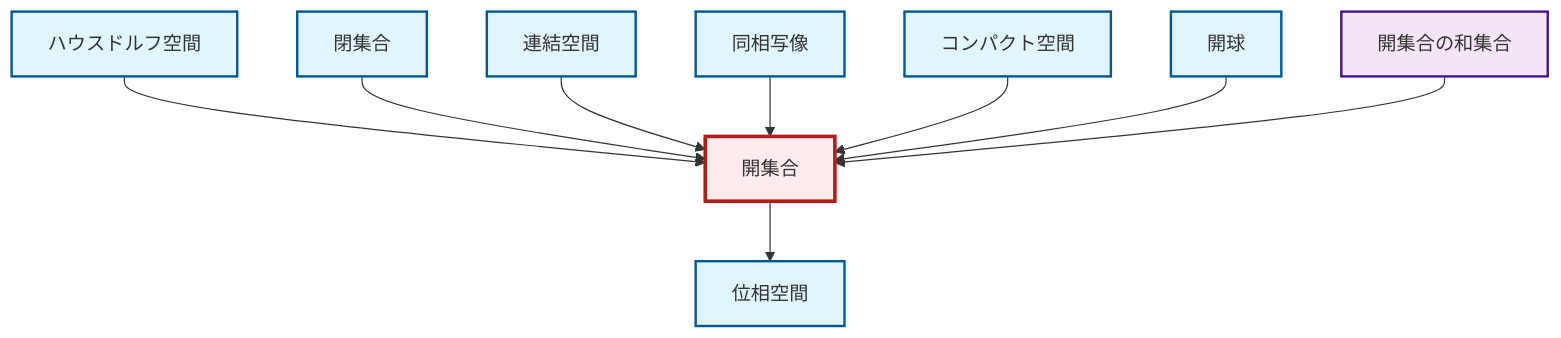
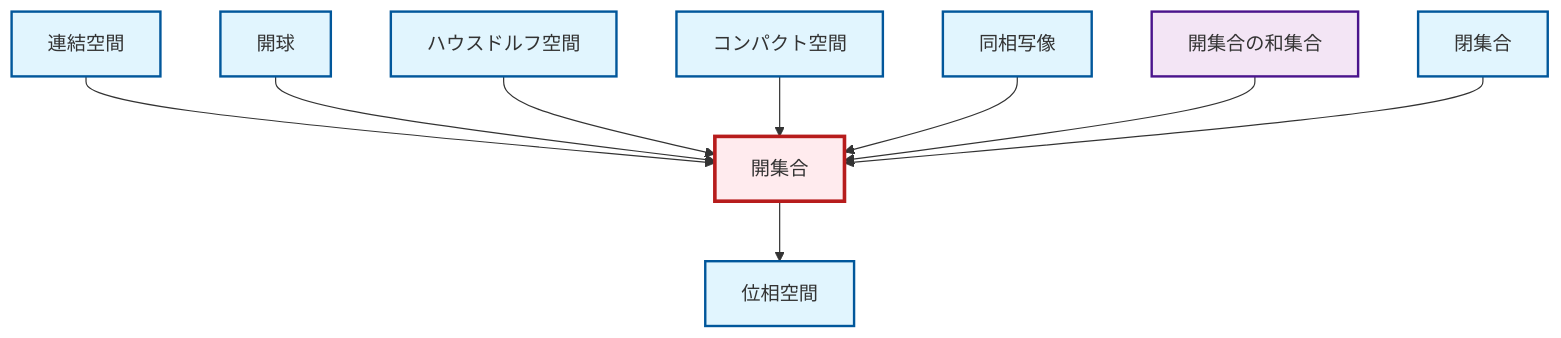
One commit to RK0429/ModernMath changed the diagram in output/mermaid/ja/def-open-set.mermaid. Above: the diagram before and after it, drawn with Mermaid. The commit also changed other lines of this file and 1718 other files, not shown here.

```diff
--- a/output/mermaid/ja/def-open-set.mermaid
+++ b/output/mermaid/ja/def-open-set.mermaid
@@ -1,24 +1,24 @@
 graph TD
     classDef definition fill:#e1f5fe,stroke:#01579b,stroke-width:2px
     classDef theorem fill:#f3e5f5,stroke:#4a148c,stroke-width:2px
     classDef axiom fill:#fff3e0,stroke:#e65100,stroke-width:2px
     classDef example fill:#e8f5e9,stroke:#1b5e20,stroke-width:2px
     classDef current fill:#ffebee,stroke:#b71c1c,stroke-width:3px
     def-open-set["開集合"]:::definition
+    def-closed-set["閉集合"]:::definition
     def-compact["コンパクト空間"]:::definition
     thm-union-open-sets["開集合の和集合"]:::theorem
+    def-connected["連結空間"]:::definition
     def-topological-space["位相空間"]:::definition
-    def-closed-set["閉集合"]:::definition
+    def-hausdorff["ハウスドルフ空間"]:::definition
     def-open-ball["開球"]:::definition
-    def-hausdorff["ハウスドルフ空間"]:::definition
-    def-connected["連結空間"]:::definition
     def-homeomorphism["同相写像"]:::definition
+    def-connected --> def-open-set
+    def-open-ball --> def-open-set
     def-hausdorff --> def-open-set
+    def-compact --> def-open-set
+    def-homeomorphism --> def-open-set
+    thm-union-open-sets --> def-open-set
+    def-open-set --> def-topological-space
     def-closed-set --> def-open-set
-    def-connected --> def-open-set
-    def-homeomorphism --> def-open-set
-    def-compact --> def-open-set
-    def-open-ball --> def-open-set
-    def-open-set --> def-topological-space
-    thm-union-open-sets --> def-open-set
     class def-open-set current
```
